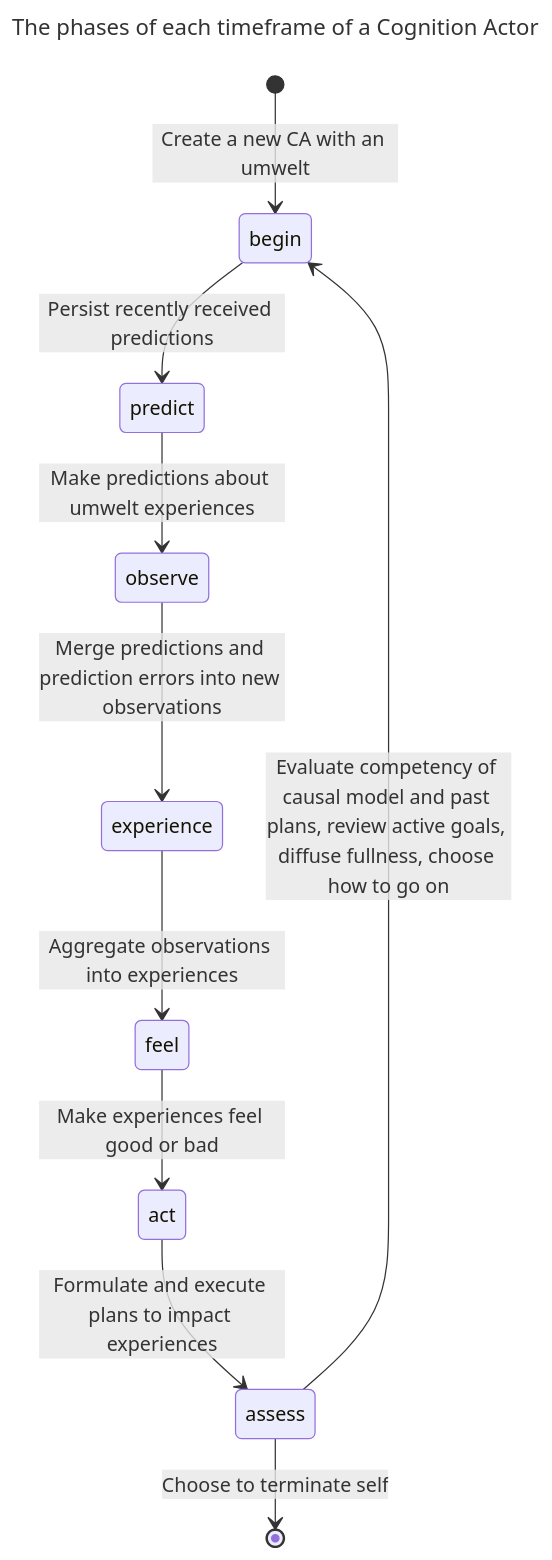
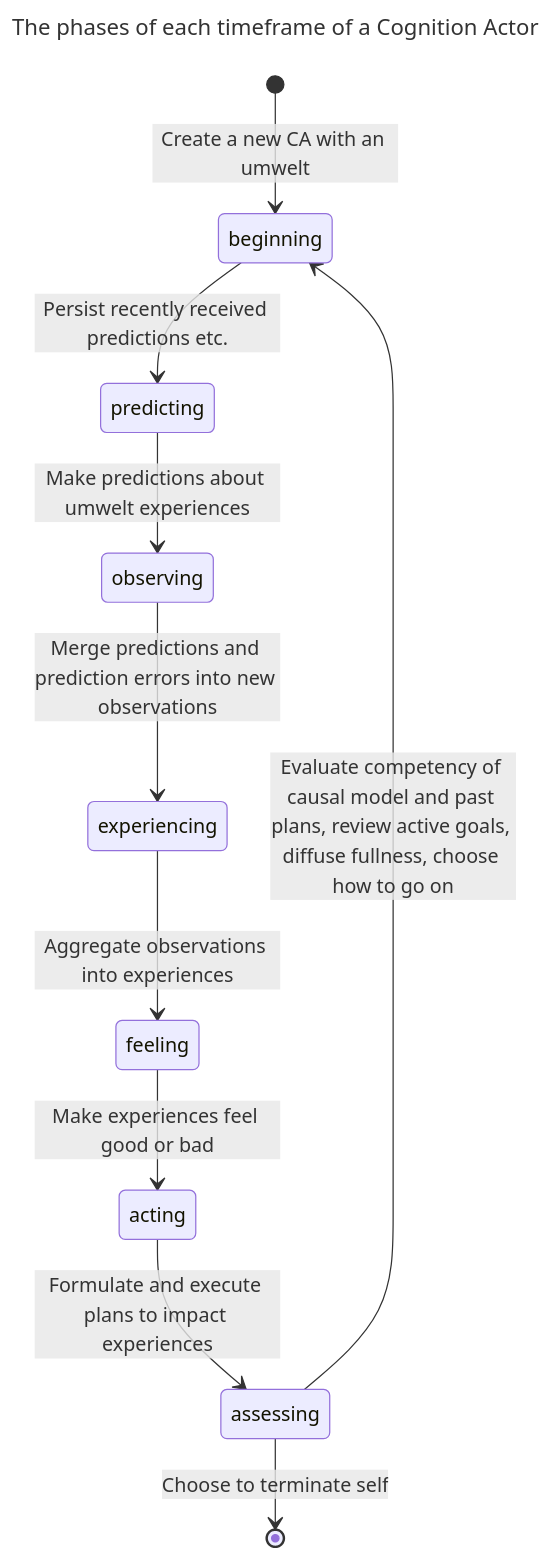
One commit to jfcloutier/karma_system changed the first of 2 diagrams in research_fellowship/symposium 2026.md. Above: the diagram before and after it, drawn with Mermaid. The commit also changed other lines of this file, not shown here.

````diff
--- a/research_fellowship/symposium 2026.md
+++ b/research_fellowship/symposium 2026.md
@@ -74,15 +72,15 @@
 ```mermaid
 ---
 title: The phases of each timeframe of a Cognition Actor
 ---
 stateDiagram-v2
-    [*] --> begin : Create a new CA with an umwelt
-    begin --> predict: Persist recently received predictions
-    predict --> observe: Make predictions about umwelt experiences
-    observe --> experience: Merge predictions and prediction errors into new observations
-    experience --> feel: Aggregate observations into experiences
-    feel --> act: Make experiences feel good or bad
-    act --> assess: Formulate and execute plans to impact experiences
-    assess --> begin: Evaluate competency of causal model and past plans, review active goals, diffuse fullness, choose how to go on
-    assess --> [*]: Choose to terminate self
+    [*] --> beginning : Create a new CA with an umwelt
+    beginning --> predicting: Persist recently received predictions etc.
+    predicting --> observing: Make predictions about umwelt experiences
+    observing --> experiencing: Merge predictions and prediction errors into new observations
+    experiencing --> feeling: Aggregate observations into experiences
+    feeling --> acting: Make experiences feel good or bad
+    acting --> assessing: Formulate and execute plans to impact experiences
+    assessing --> beginning: Evaluate competency of causal model and past plans, review active goals, diffuse fullness, choose how to go on
+    assessing --> [*]: Choose to terminate self
 ```
````
